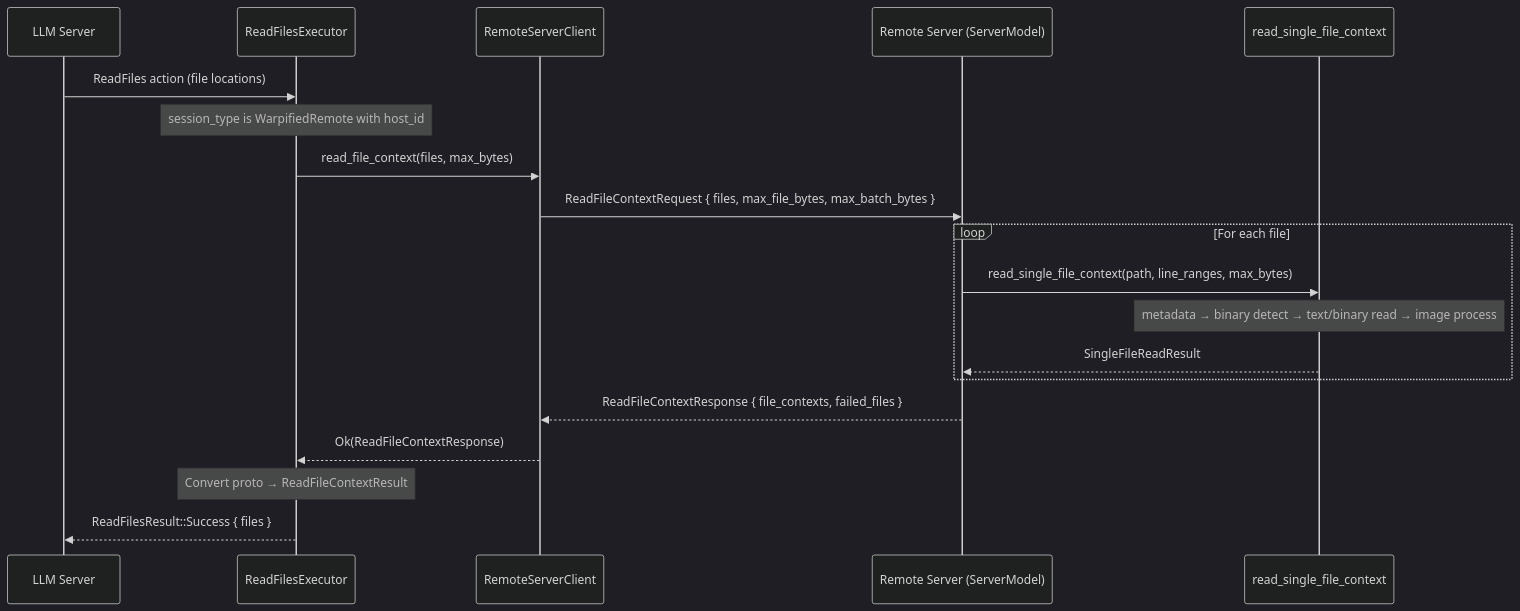
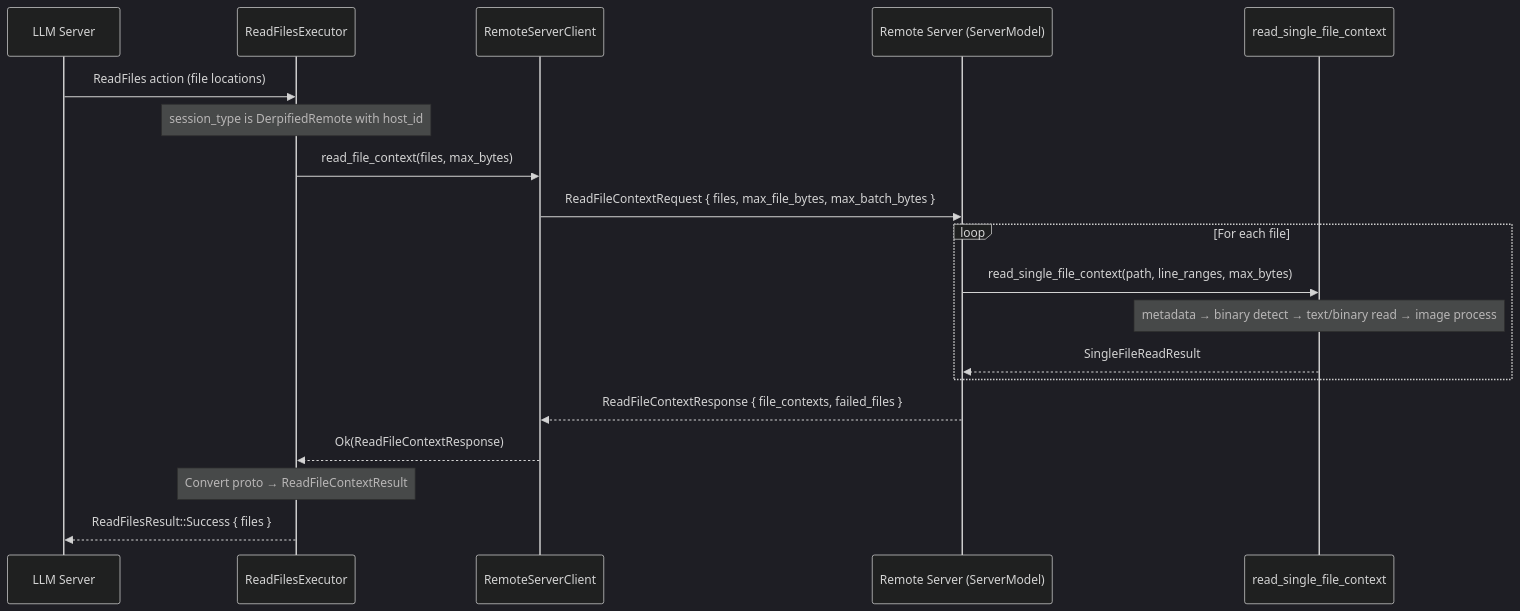
The diagram in specs/APP-3790/TECH-remote-read-files.md (antikrust/krust-terminal), drawn with Mermaid (dark theme) before and after one commit. The commit also changed other lines of this file and 9069 other files, not shown here.

````diff
--- a/specs/APP-3790/TECH-remote-read-files.md
+++ b/specs/APP-3790/TECH-remote-read-files.md
@@ -155,26 +155,26 @@
 ```mermaid
 sequenceDiagram
     participant LLM as LLM Server
     participant Executor as ReadFilesExecutor
     participant Client as RemoteServerClient
     participant Server as Remote Server (ServerModel)
     participant Shared as read_single_file_context
 
     LLM->>Executor: ReadFiles action (file locations)
-    Note over Executor: session_type is WarpifiedRemote with host_id
+    Note over Executor: session_type is DerpifiedRemote with host_id
 
     Executor->>Client: read_file_context(files, max_bytes)
     Client->>Server: ReadFileContextRequest { files, max_file_bytes, max_batch_bytes }
 
     loop For each file
         Server->>Shared: read_single_file_context(path, line_ranges, max_bytes)
         Note over Shared: metadata → binary detect → text/binary read → image process
         Shared-->>Server: SingleFileReadResult
     end
 
     Server-->>Client: ReadFileContextResponse { file_contexts, failed_files }
     Client-->>Executor: Ok(ReadFileContextResponse)
 
     Note over Executor: Convert proto → ReadFileContextResult
     Executor-->>LLM: ReadFilesResult::Success { files }
 ```
````
